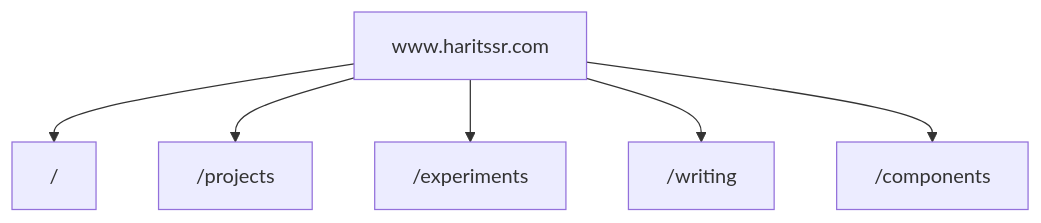
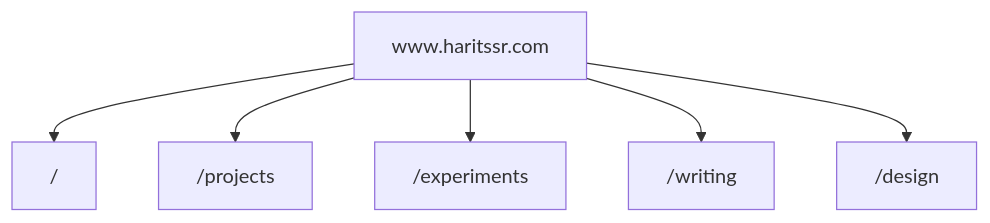
One commit to haritssr/haritssr changed the diagram in README.md. Above: the diagram before and after it, drawn with Mermaid. The commit also changed other lines of this file and 1 other file, not shown here.

Commit message:
docs(project): document design route and local skills

````diff
--- a/README.md
+++ b/README.md
@@ -12,10 +12,10 @@
 ```mermaid
 %%{init: {'flowchart': {'curve': 'basis'}} }%%
 graph TD
   haritssr["www.haritssr.com"]
   haritssr --> home["/"]
   haritssr --> projects["/projects"]
   haritssr --> experiments["/experiments"]
   haritssr --> writing["/writing"]
-  haritssr --> components["/components"]
+  haritssr --> design["/design"]
 ```
````
